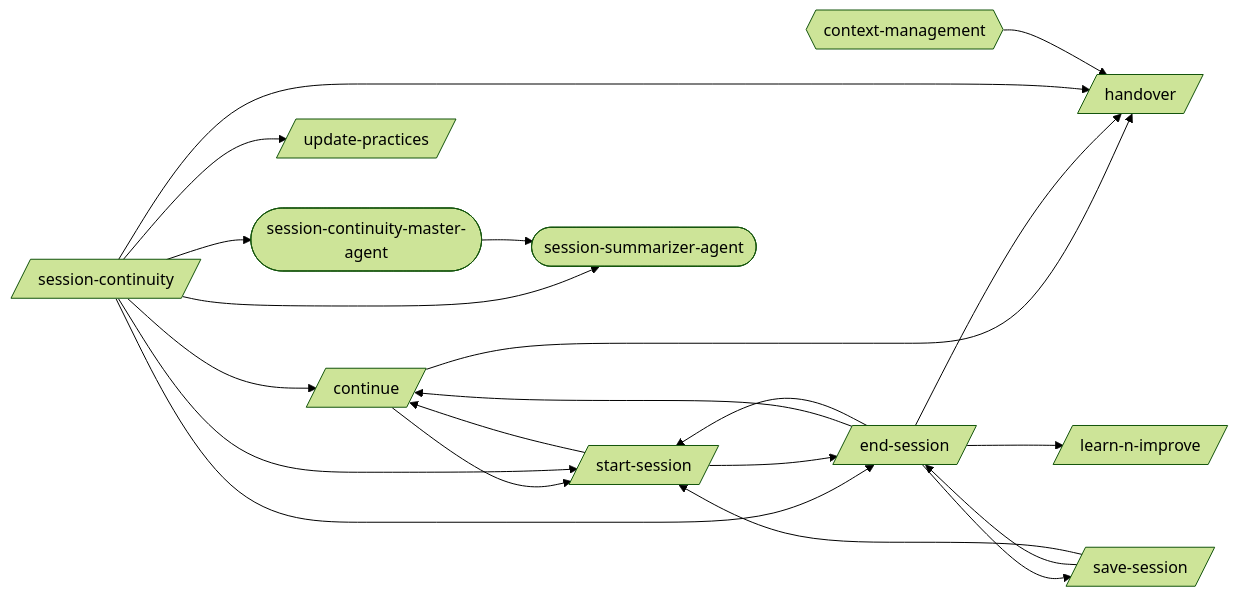
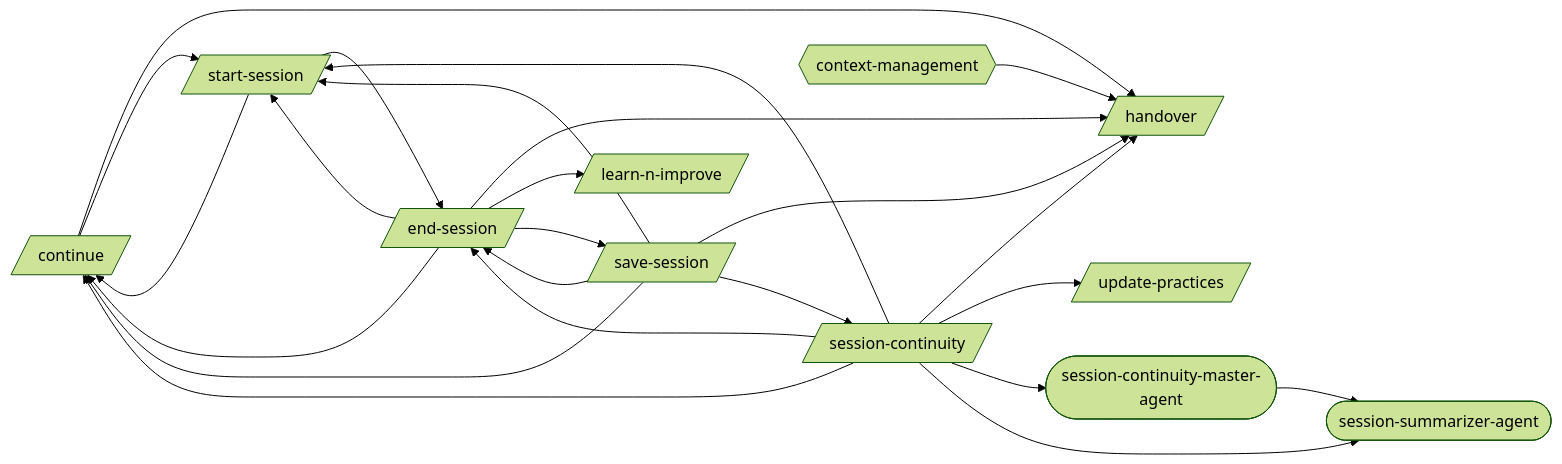
Before and after one commit to abhayla/claude-best-practices: the first of 12 diagrams in docs/workflows/session-continuity.md, drawn with Mermaid (forest theme). The commit also changed other lines of this file and 20 other files, not shown here.

````diff
--- a/docs/workflows/session-continuity.md
+++ b/docs/workflows/session-continuity.md
@@ -9,34 +9,37 @@
 ```mermaid
 graph LR
     continue[/continue/]
     end_session[/end-session/]
     handover[/handover/]
     learn_n_improve[/learn-n-improve/]
     save_session[/save-session/]
     session_continuity[/session-continuity/]
     start_session[/start-session/]
     update_practices[/update-practices/]
     session_continuity_master_agent([session-continuity-master-agent])
     session_summarizer_agent([session-summarizer-agent])
     context_management{{context-management}}
     continue --> handover
     continue --> start_session
     end_session --> continue
     end_session --> handover
     end_session --> learn_n_improve
     end_session --> save_session
     end_session --> start_session
+    save_session --> continue
     save_session --> end_session
+    save_session --> handover
+    save_session --> session_continuity
     save_session --> start_session
     session_continuity --> continue
     session_continuity --> end_session
     session_continuity --> handover
     session_continuity --> start_session
     session_continuity --> update_practices
     session_continuity --> session_continuity_master_agent
     session_continuity --> session_summarizer_agent
     start_session --> continue
     start_session --> end_session
     session_continuity_master_agent --> session_summarizer_agent
     context_management --> handover
 ```
````
